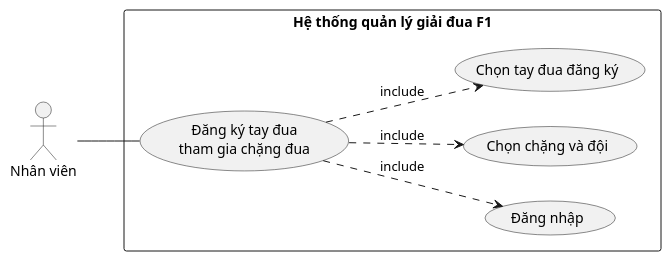
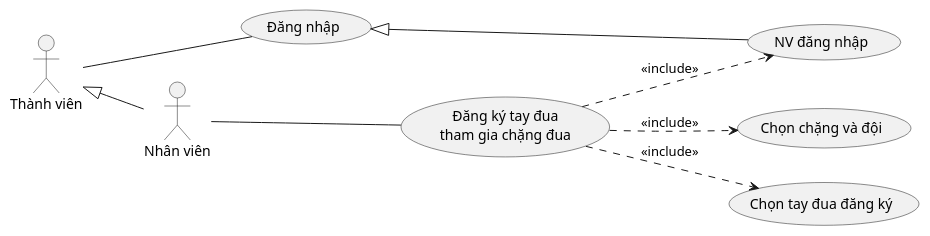
The first of 6 diagrams in Module 2 - Kin/noi-dung.md (7gho/CNPM-He2026), drawn with PlantUML before and after one commit. The commit also changed other lines of this file and 41 other files, not shown here.

````diff
--- a/Module 2 - Kin/noi-dung.md
+++ b/Module 2 - Kin/noi-dung.md
@@ -46,20 +45,23 @@
 ```plantuml
 @startuml
 left to right direction
 
+actor "Thành viên" as TV
 actor "Nhân viên" as NV
+TV <|-- NV
 
-rectangle "Hệ thống quản lý giải đua F1" {
-  usecase "Đăng ký tay đua\ntham gia chặng đua" as UC
-  usecase "Đăng nhập" as UC0
-  usecase "Chọn chặng và đội" as UC1
-  usecase "Chọn tay đua đăng ký" as UC2
+usecase "Đăng nhập" as DN
+usecase "NV đăng nhập" as NVDN
+usecase "Đăng ký tay đua\ntham gia chặng đua" as UC
+usecase "Chọn chặng và đội" as UC1
+usecase "Chọn tay đua đăng ký" as UC2
 
-  UC ..> UC0 : include
-  UC ..> UC1 : include
-  UC ..> UC2 : include
-}
+TV -- DN
+NV -- UC
 
-NV -- UC
+DN <|-- NVDN
+UC ..> NVDN : <<include>>
+UC ..> UC1 : <<include>>
+UC ..> UC2 : <<include>>
 @enduml
 ```
````
